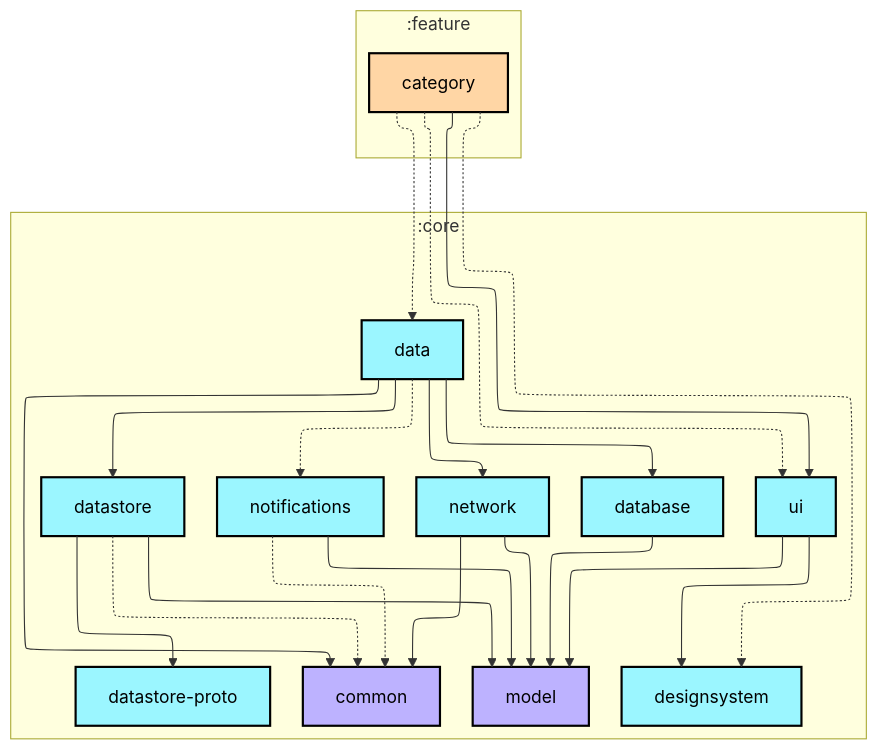
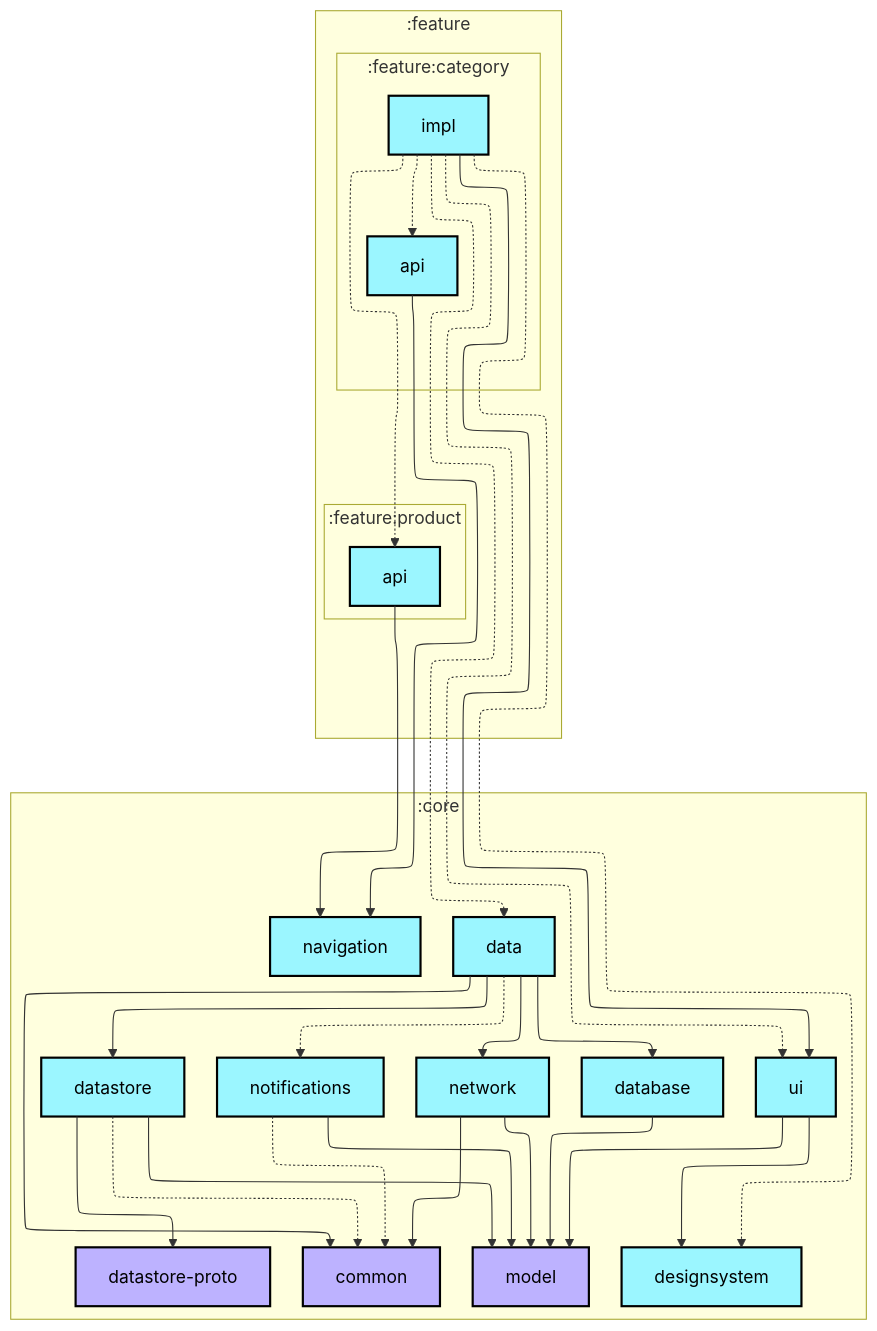
One commit to AshishMK/JetUpdates changed the first of 2 diagrams in feature/category/impl/README.md. Above: the diagram before and after it, drawn with Mermaid. The commit also changed 139 other files, not shown here.

````diff
--- a/feature/category/impl/README.md
+++ b/feature/category/impl/README.md
@@ -6,53 +6,66 @@
 ```mermaid
 ---
 config:
   layout: elk
   elk:
     nodePlacementStrategy: SIMPLE
 ---
 graph TB
+  subgraph :feature
+    direction TB
+    subgraph :feature:category
+      direction TB
+      :feature:category:api[api]:::android-library
+      :feature:category:impl[impl]:::android-library
+    end
+    subgraph :feature:product
+      direction TB
+      :feature:product:api[api]:::android-library
+    end
+  end
   subgraph :core
     direction TB
     :core:common[common]:::jvm-library
     :core:data[data]:::android-library
     :core:database[database]:::android-library
     :core:datastore[datastore]:::android-library
-    :core:datastore-proto[datastore-proto]:::android-library
+    :core:datastore-proto[datastore-proto]:::jvm-library
     :core:designsystem[designsystem]:::android-library
     :core:model[model]:::jvm-library
+    :core:navigation[navigation]:::android-library
     :core:network[network]:::android-library
     :core:notifications[notifications]:::android-library
     :core:ui[ui]:::android-library
-  end
-  subgraph :feature
-    direction TB
-    :feature:category[category]:::android-feature
   end
 
   :core:data --> :core:common
   :core:data --> :core:database
   :core:data --> :core:datastore
   :core:data --> :core:network
   :core:data -.-> :core:notifications
   :core:database --> :core:model
   :core:datastore -.-> :core:common
   :core:datastore --> :core:datastore-proto
   :core:datastore --> :core:model
   :core:network --> :core:common
   :core:network --> :core:model
   :core:notifications -.-> :core:common
   :core:notifications --> :core:model
   :core:ui --> :core:designsystem
   :core:ui --> :core:model
-  :feature:category -.-> :core:data
-  :feature:category -.-> :core:designsystem
-  :feature:category --> :core:ui
-  :feature:category -.-> :core:ui
+  :feature:category:api --> :core:navigation
+  :feature:category:impl -.-> :core:data
+  :feature:category:impl -.-> :core:designsystem
+  :feature:category:impl --> :core:ui
+  :feature:category:impl -.-> :core:ui
+  :feature:category:impl -.-> :feature:category:api
+  :feature:category:impl -.-> :feature:product:api
+  :feature:product:api --> :core:navigation
 
 classDef android-application fill:#CAFFBF,stroke:#000,stroke-width:2px,color:#000;
 classDef android-feature fill:#FFD6A5,stroke:#000,stroke-width:2px,color:#000;
 classDef android-library fill:#9BF6FF,stroke:#000,stroke-width:2px,color:#000;
 classDef android-test fill:#A0C4FF,stroke:#000,stroke-width:2px,color:#000;
 classDef jvm-library fill:#BDB2FF,stroke:#000,stroke-width:2px,color:#000;
 classDef unknown fill:#FFADAD,stroke:#000,stroke-width:2px,color:#000;
 ```
````
